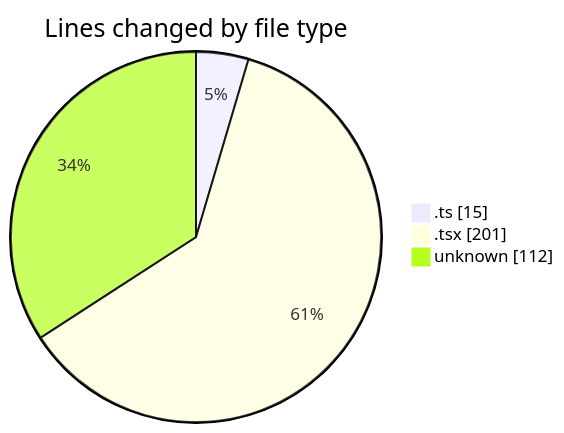
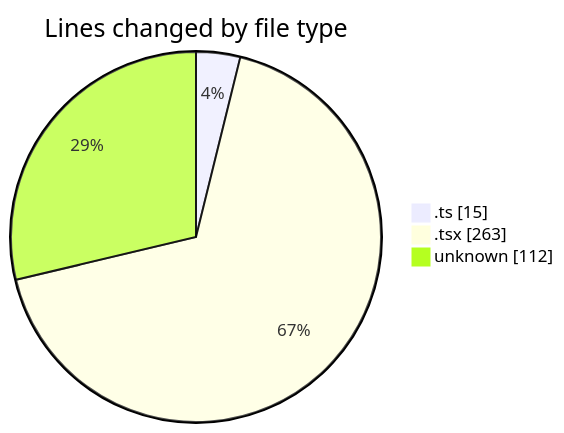
The first of 2 diagrams in 2026-04-29/cda/README.md (momahboobian/code-tracking), drawn with Mermaid before and after one commit. The commit also changed other lines of this file and 1 other file, not shown here.

````diff
--- a/2026-04-29/cda/README.md
+++ b/2026-04-29/cda/README.md
@@ -25,7 +26,7 @@
 ```mermaid
 pie showData
 title Lines changed by file type
 ".ts" : 15
-".tsx" : 201
+".tsx" : 263
 "unknown" : 112
 ```
````
